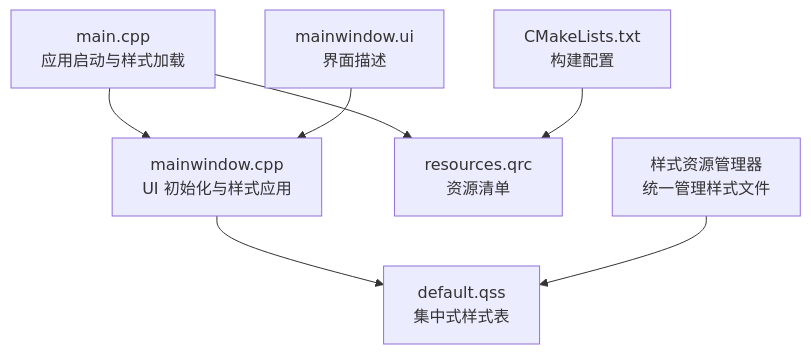
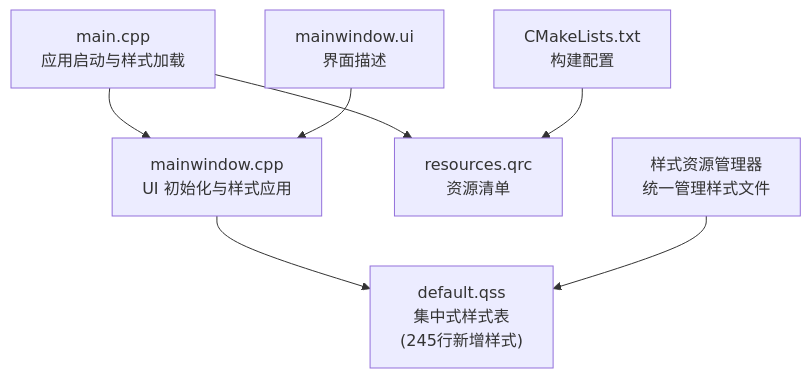
The first of 4 diagrams in .qoder/repowiki/zh/content/样式系统.md (jakecai1225-design/OpenBus), drawn with Mermaid before and after one commit. The commit also changed other lines of this file and 31 other files, not shown here.

````diff
--- a/.qoder/repowiki/zh/content/样式系统.md
+++ b/.qoder/repowiki/zh/content/样式系统.md
@@ -47,9 +48,9 @@
 ```mermaid
 graph TB
 A["main.cpp<br/>应用启动与样式加载"] --> B["mainwindow.cpp<br/>UI 初始化与样式应用"]
-B --> C["default.qss<br/>集中式样式表"]
+B --> C["default.qss<br/>集中式样式表<br/>(245行新增样式)"]
 A --> D["resources.qrc<br/>资源清单"]
 E["CMakeLists.txt<br/>构建配置"] --> D
 F["mainwindow.ui<br/>界面描述"] --> B
 G["样式资源管理器<br/>统一管理样式文件"] --> C
 ```
````
